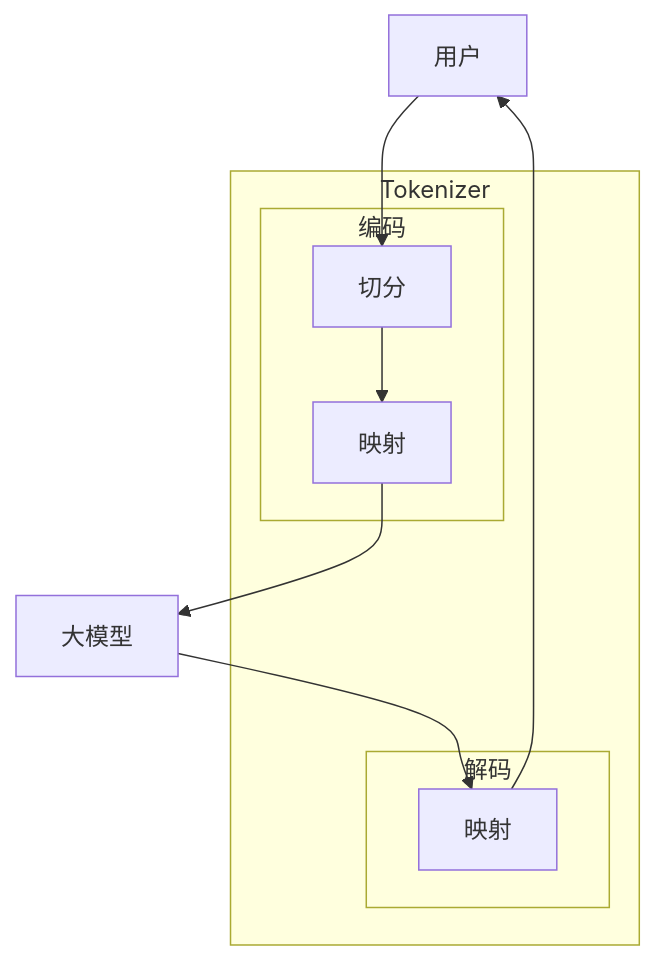
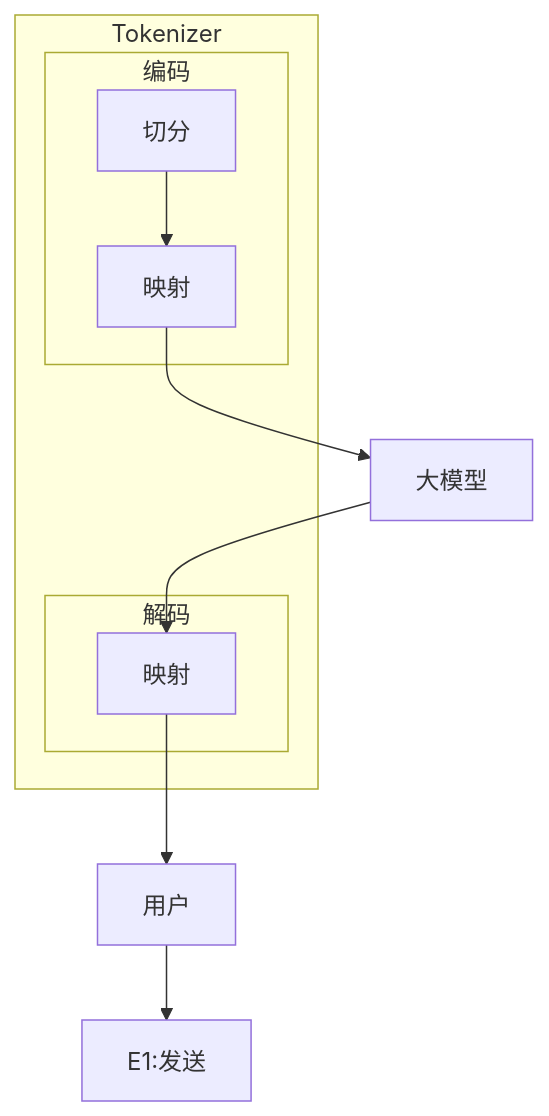
Before and after one commit to wangxiaoqi0123/iodraw-files: the diagram in all/未命名.md, drawn with Mermaid.

Commit message:
2026-04-09 16:56:16 update

````diff
--- a/all/未命名.md
+++ b/all/未命名.md
@@ -1,28 +1,28 @@
 ```mermaid
 flowchart 
     U[用户]
     M[大模型]
 
     %% 外层包裹：文本处理阶段
     subgraph Pipeline[Tokenizer]
         
         %% 编码模块
         subgraph Encoder[编码]
             E1[切分]
             E2[映射]
         end
 
         %% 解码模块
         subgraph Decoder[解码]
             D1[映射]
         end
 
     end
 
     %% 流程连接
-    U --> E1 
+    U --> E1:发送
     E1 --> E2
     E2 --> M
     M --> D1
     D1 --> U
 ```
````
